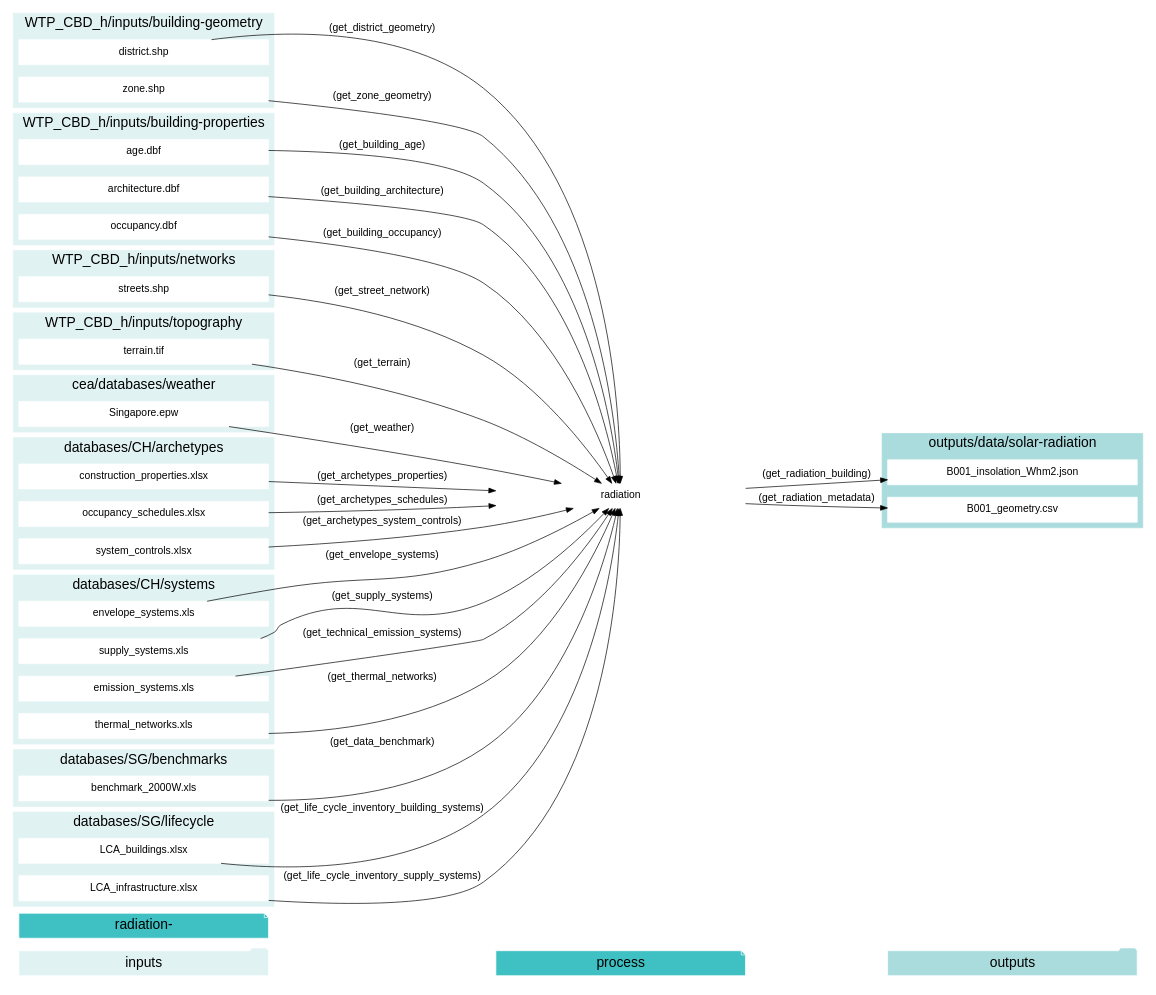
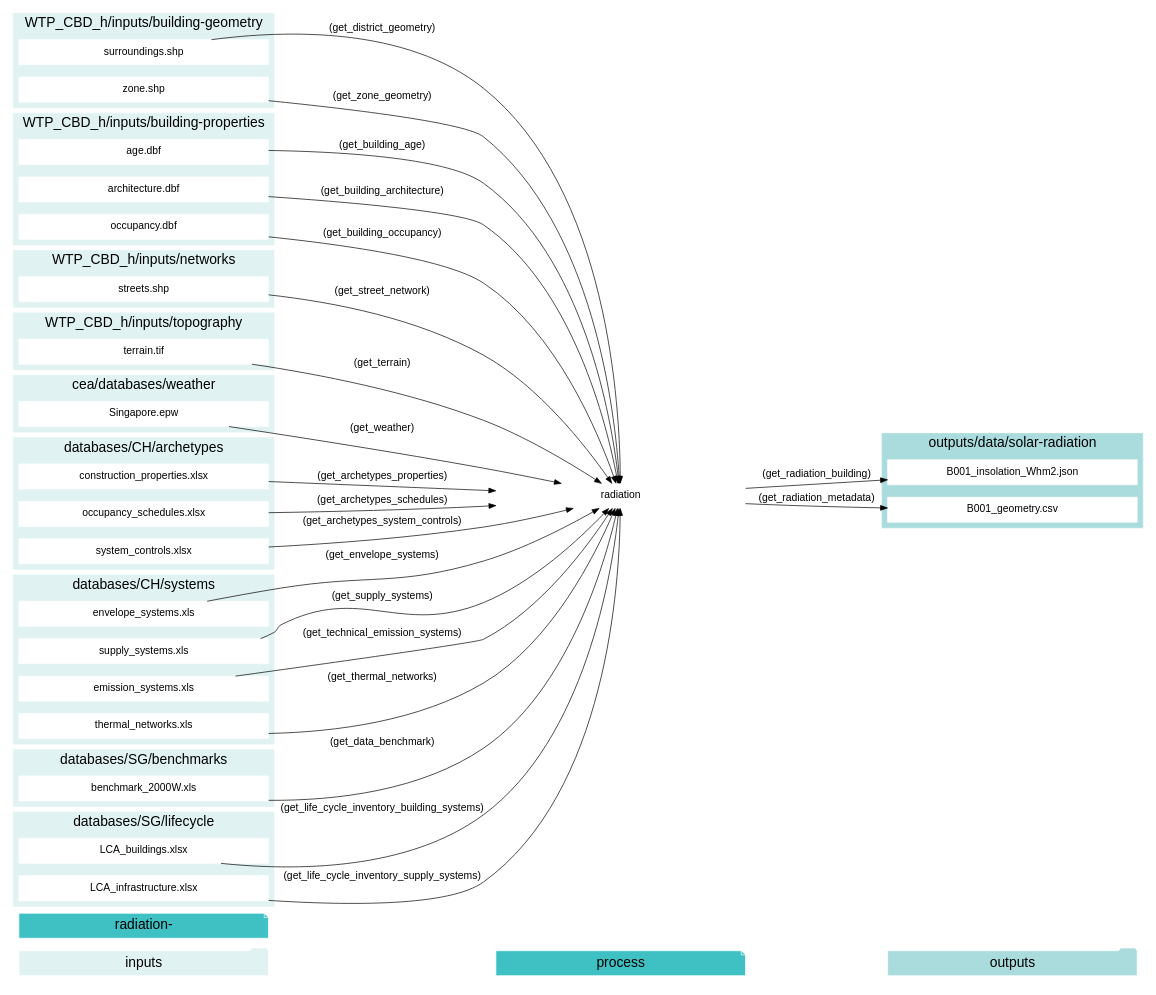
One commit to architecture-building-systems/CityEnergyAnalyst changed the diagram in docs/graphviz/radiation-daysim.gv. Above: the diagram before and after it, drawn with Graphviz. The commit also changed 40 other files, not shown here.

Commit message:
renaming district to surroundings

```diff
--- a/docs/graphviz/radiation-daysim.gv
+++ b/docs/graphviz/radiation-daysim.gv
@@ -1,127 +1,127 @@
 digraph trace_inputlocator {
     rankdir="LR";
     graph [overlap=false, fontname=arial];
     node [shape=box, style=filled, color=white, fontsize=15, fontname=arial, fixedsize=true, width=5];
     edge [fontname=arial, fontsize = 15]
     newrank=true
     subgraph cluster_legend {
     fontsize=25
     style=invis
     "process"[style=filled, fillcolor="#3FC0C2", shape=note, fontsize=20, fontname="arial"]
     "inputs" [style=filled, shape=folder, color=white, fillcolor="#E1F2F2", fontsize=20]
     "outputs"[style=filled, shape=folder, color=white, fillcolor="#aadcdd", fontsize=20]
     "inputs"->"process"[style=invis]
     "process"->"outputs"[style=invis]
     }
     "radiation-"[style=filled, color=white, fillcolor="#3FC0C2", shape=note, fontsize=20, fontname=arial];
     subgraph cluster_0_in {
         style = filled;
         color = "#E1F2F2";
         fontsize = 20;
         rank=same;
         label="WTP_CBD_h/inputs/building-geometry";
-        "district.shp"
+        "surroundings.shp"
         "zone.shp"
     }
     subgraph cluster_1_in {
         style = filled;
         color = "#E1F2F2";
         fontsize = 20;
         rank=same;
         label="WTP_CBD_h/inputs/building-properties";
         "age.dbf"
         "architecture.dbf"
         "occupancy.dbf"
     }
     subgraph cluster_2_in {
         style = filled;
         color = "#E1F2F2";
         fontsize = 20;
         rank=same;
         label="WTP_CBD_h/inputs/networks";
         "streets.shp"
     }
     subgraph cluster_3_in {
         style = filled;
         color = "#E1F2F2";
         fontsize = 20;
         rank=same;
         label="WTP_CBD_h/inputs/topography";
         "terrain.tif"
     }
     subgraph cluster_4_in {
         style = filled;
         color = "#E1F2F2";
         fontsize = 20;
         rank=same;
         label="cea/databases/weather";
         "Singapore.epw"
     }
     subgraph cluster_5_in {
         style = filled;
         color = "#E1F2F2";
         fontsize = 20;
         rank=same;
         label="databases/CH/archetypes";
         "construction_properties.xlsx"
         "occupancy_schedules.xlsx"
         "system_controls.xlsx"
     }
     subgraph cluster_6_in {
         style = filled;
         color = "#E1F2F2";
         fontsize = 20;
         rank=same;
         label="databases/CH/systems";
         "envelope_systems.xls"
         "supply_systems.xls"
         "emission_systems.xls"
         "thermal_networks.xls"
     }
     subgraph cluster_7_in {
         style = filled;
         color = "#E1F2F2";
         fontsize = 20;
         rank=same;
         label="databases/SG/benchmarks";
         "benchmark_2000W.xls"
     }
     subgraph cluster_8_in {
         style = filled;
         color = "#E1F2F2";
         fontsize = 20;
         rank=same;
         label="databases/SG/lifecycle";
         "LCA_buildings.xlsx"
         "LCA_infrastructure.xlsx"
     }
     subgraph cluster_9_out {
         style = filled;
         color = "#aadcdd";
         fontsize = 20;
         rank=same;
         label="outputs/data/solar-radiation";
         "B001_insolation_Whm2.json"
         "B001_geometry.csv"
     }
     "construction_properties.xlsx" -> "radiation"[label="(get_archetypes_properties)"]
     "occupancy_schedules.xlsx" -> "radiation"[label="(get_archetypes_schedules)"]
     "system_controls.xlsx" -> "radiation"[label="(get_archetypes_system_controls)"]
     "age.dbf" -> "radiation"[label="(get_building_age)"]
     "architecture.dbf" -> "radiation"[label="(get_building_architecture)"]
     "occupancy.dbf" -> "radiation"[label="(get_building_occupancy)"]
     "benchmark_2000W.xls" -> "radiation"[label="(get_data_benchmark)"]
-    "district.shp" -> "radiation"[label="(get_district_geometry)"]
+    "surroundings.shp" -> "radiation"[label="(get_district_geometry)"]
     "envelope_systems.xls" -> "radiation"[label="(get_envelope_systems)"]
     "LCA_buildings.xlsx" -> "radiation"[label="(get_life_cycle_inventory_building_systems)"]
     "LCA_infrastructure.xlsx" -> "radiation"[label="(get_life_cycle_inventory_supply_systems)"]
     "streets.shp" -> "radiation"[label="(get_street_network)"]
     "supply_systems.xls" -> "radiation"[label="(get_supply_systems)"]
     "emission_systems.xls" -> "radiation"[label="(get_technical_emission_systems)"]
     "terrain.tif" -> "radiation"[label="(get_terrain)"]
     "thermal_networks.xls" -> "radiation"[label="(get_thermal_networks)"]
     "Singapore.epw" -> "radiation"[label="(get_weather)"]
     "zone.shp" -> "radiation"[label="(get_zone_geometry)"]
     "radiation" -> "B001_insolation_Whm2.json"[label="(get_radiation_building)"]
     "radiation" -> "B001_geometry.csv"[label="(get_radiation_metadata)"]
     }
```
